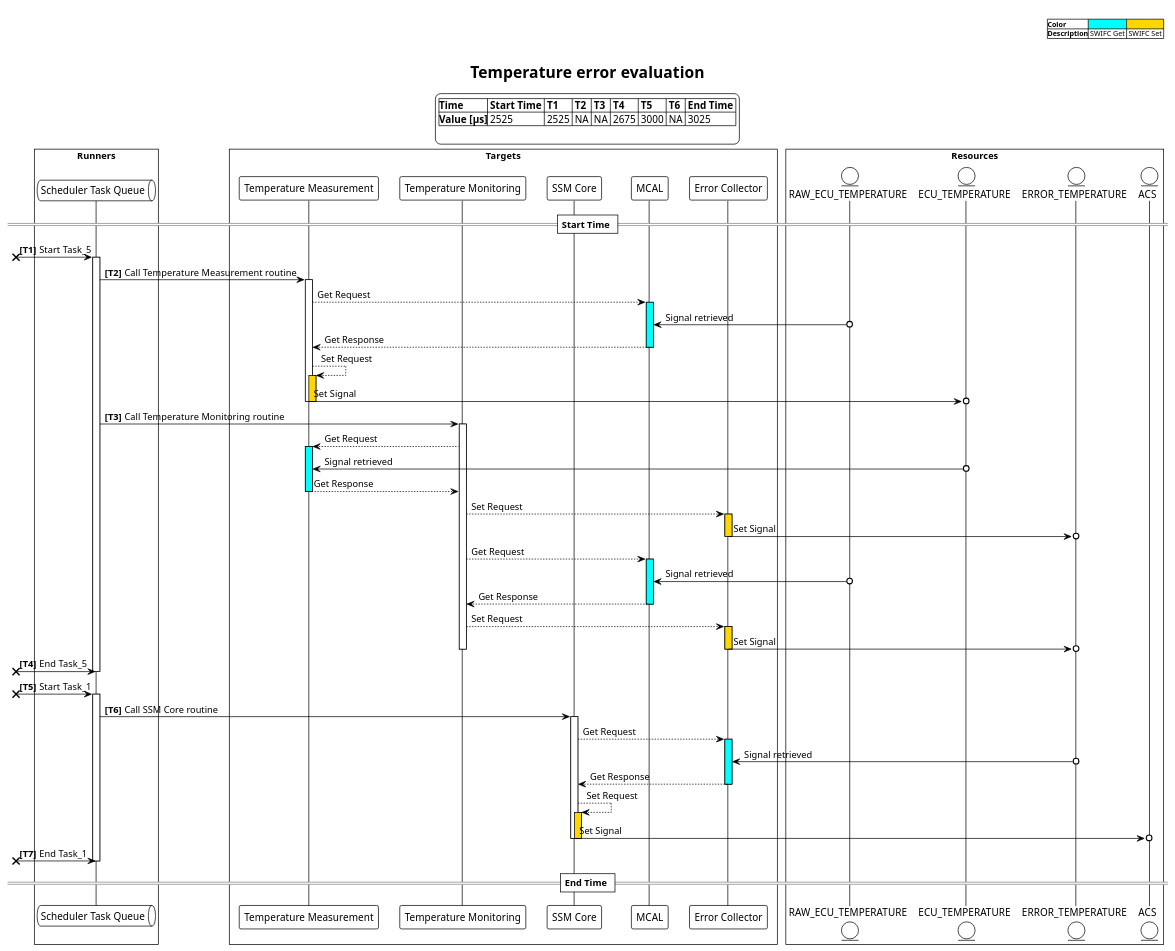
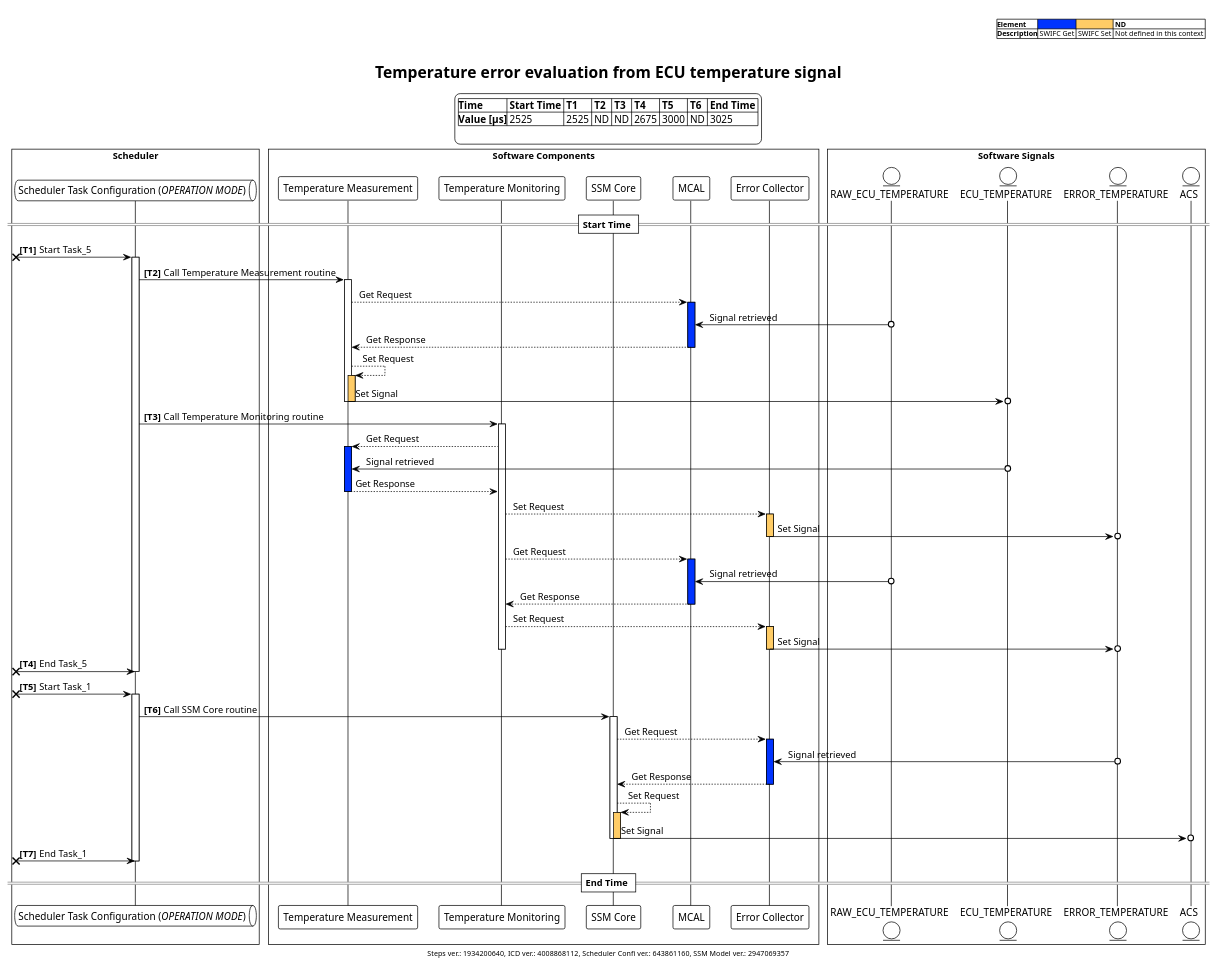
Before and after one commit to MatteoCamagni/G2Puml: the diagram in raw.puml, drawn with PlantUML. The commit also changed 9 other files, not shown here.

```diff
--- a/raw.puml
+++ b/raw.puml
@@ -1,145 +1,150 @@
 @startuml
     !theme plain
 
-    title Temperature error evaluation
+    title Temperature error evaluation from ECU temperature signal
 
     header
         
-    	|<b>Color| <#cyan> | <#gold> |
-    	|<b>Description| SWIFC Get | SWIFC Set |
+    	|<b>Element| <#0033ff> | <#ffcc66> | <b>ND |
+    	|<b>Description| SWIFC Get | SWIFC Set | Not defined in this context |
     
     end header
 
     legend top
         |<b>Time| <b>Start Time | <b>T1 | <b>T2 | <b>T3 | <b>T4 | <b>T5 | <b>T6 | <b>End Time |
-|<b>Value [&#181;s]| 2525 | 2525 | NA | NA | 2675 | 3000 | NA | 3025 |
+|<b>Value [&#181;s]| 2525 | 2525 | ND | ND | 2675 | 3000 | ND | 3025 |
 
     end legend
 
     'Entities
 
-    box "Runners"
-    	queue "Scheduler Task Queue" as scheduler_task_queue
+    box "Scheduler"
+    	queue "Scheduler Task Configuration (<i>OPERATION MODE</i>)" as scheduler_task_configuration
 
     end box
 
-    box "Targets"
+    box "Software Components"
     	participant "Temperature Measurement" as temperature_measurement
 	participant "Temperature Monitoring" as temperature_monitoring
 	participant "SSM Core" as ssm_core
 	participant "MCAL" as mcal
 	participant "Error Collector" as error_collector
 
     end box
 
-    box "Resources"
+    box "Software Signals"
     	entity "RAW_ECU_TEMPERATURE" as raw_ecu_temperature
 	entity "ECU_TEMPERATURE" as ecu_temperature
 	entity "ERROR_TEMPERATURE" as error_temperature
 	entity "ACS" as acs
 
     end box
 
     'Sequence actions
     == Start Time ==
 
     
 
     autonumber "<b>[T0]"
-    [x-> scheduler_task_queue: Start Task_5
+    [x-> scheduler_task_configuration: Start Task_5
     autonumber stop
 
-    	activate scheduler_task_queue
+    	activate scheduler_task_configuration
 
 
     	autonumber resume
-    	scheduler_task_queue-> temperature_measurement: Call Temperature Measurement routine
+    	scheduler_task_configuration-> temperature_measurement: Call Temperature Measurement routine
     	autonumber stop
 
     
 		activate temperature_measurement
 
 
-    			temperature_measurement --> mcal ++ #cyan: Get Request
-    			raw_ecu_temperature o-> mcal:  Signal retrieved
-    			return Get Response
+    			temperature_measurement --> mcal ++ #0033ff: &#160;Get Request
+    			raw_ecu_temperature o-> mcal:  &#160;Signal retrieved
+    			return &#160;Get Response
     
 
-    			temperature_measurement --> temperature_measurement ++ #gold: Set Request
-    			temperature_measurement ->o ecu_temperature --: Set Signal
+    			temperature_measurement --> temperature_measurement ++ #ffcc66: &#160;Set Request
+    			temperature_measurement ->o ecu_temperature --: &#160;Set Signal
     
 		deactivate temperature_measurement
 
 
     	autonumber resume
-    	scheduler_task_queue-> temperature_monitoring: Call Temperature Monitoring routine
+    	scheduler_task_configuration-> temperature_monitoring: Call Temperature Monitoring routine
     	autonumber stop
 
     
 		activate temperature_monitoring
 
 
-    			temperature_monitoring --> temperature_measurement ++ #cyan: Get Request
-    			ecu_temperature o-> temperature_measurement:  Signal retrieved
-    			return Get Response
+    			temperature_monitoring --> temperature_measurement ++ #0033ff: &#160;Get Request
+    			ecu_temperature o-> temperature_measurement:  &#160;Signal retrieved
+    			return &#160;Get Response
     
 
-    			temperature_monitoring --> error_collector ++ #gold: Set Request
-    			error_collector ->o error_temperature --: Set Signal
+    			temperature_monitoring --> error_collector ++ #ffcc66: &#160;Set Request
+    			error_collector ->o error_temperature --: &#160;Set Signal
     
 
-    			temperature_monitoring --> mcal ++ #cyan: Get Request
-    			raw_ecu_temperature o-> mcal:  Signal retrieved
-    			return Get Response
+    			temperature_monitoring --> mcal ++ #0033ff: &#160;Get Request
+    			raw_ecu_temperature o-> mcal:  &#160;Signal retrieved
+    			return &#160;Get Response
     
 
-    			temperature_monitoring --> error_collector ++ #gold: Set Request
-    			error_collector ->o error_temperature --: Set Signal
+    			temperature_monitoring --> error_collector ++ #ffcc66: &#160;Set Request
+    			error_collector ->o error_temperature --: &#160;Set Signal
     
 		deactivate temperature_monitoring
 
 
 
     autonumber resume
-    [x-> scheduler_task_queue: End Task_5
+    [x-> scheduler_task_configuration: End Task_5
     autonumber stop
 
-    deactivate scheduler_task_queue
+    deactivate scheduler_task_configuration
 
 
     autonumber resume
-    [x-> scheduler_task_queue: Start Task_1
+    [x-> scheduler_task_configuration: Start Task_1
     autonumber stop
 
-    activate scheduler_task_queue
+    activate scheduler_task_configuration
 
 
     autonumber resume
-    scheduler_task_queue-> ssm_core: Call SSM Core routine
+    scheduler_task_configuration-> ssm_core: Call SSM Core routine
     autonumber stop
 
     
 	activate ssm_core
 
 
-    		ssm_core --> error_collector ++ #cyan: Get Request
-    		error_temperature o-> error_collector:  Signal retrieved
-    		return Get Response
+    		ssm_core --> error_collector ++ #0033ff: &#160;Get Request
+    		error_temperature o-> error_collector:  &#160;Signal retrieved
+    		return &#160;Get Response
     
 
-    		ssm_core --> ssm_core ++ #gold: Set Request
-    		ssm_core ->o acs --: Set Signal
+    		ssm_core --> ssm_core ++ #ffcc66: &#160;Set Request
+    		ssm_core ->o acs --: &#160;Set Signal
     
 	deactivate ssm_core
 
 
 
     autonumber resume
-    [x-> scheduler_task_queue: End Task_1
+    [x-> scheduler_task_configuration: End Task_1
     autonumber stop
 
-    deactivate scheduler_task_queue
+    deactivate scheduler_task_configuration
 
 
     == End Time ==
+
+    footer
+        Steps ver.: 1934200640, ICD ver.: 4008868112, Scheduler Confi ver.: 643861160, SSM Model ver.: 2947069357
+    end footer
+
     @enduml
```
